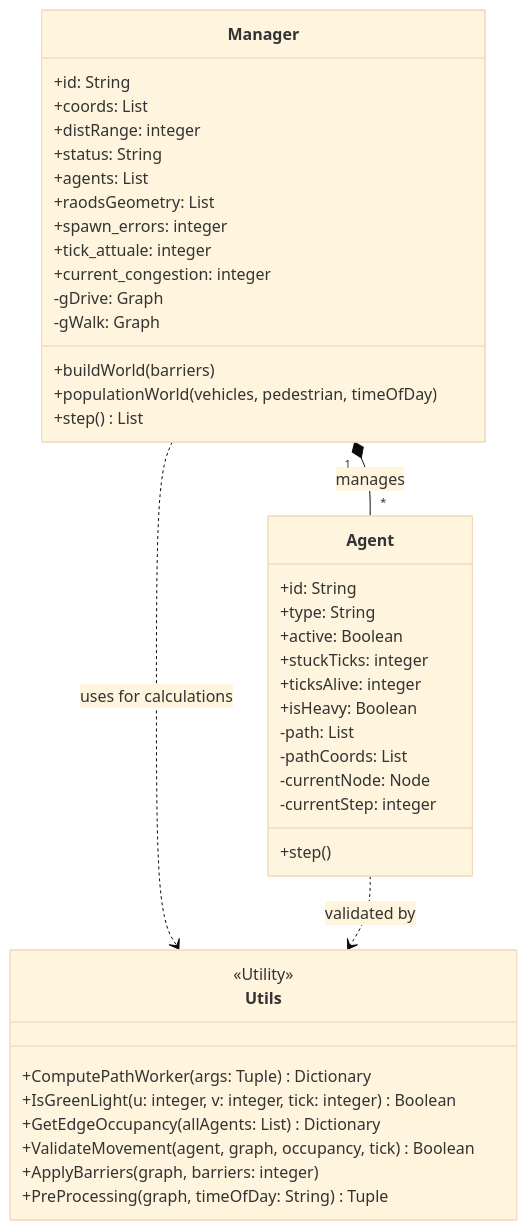
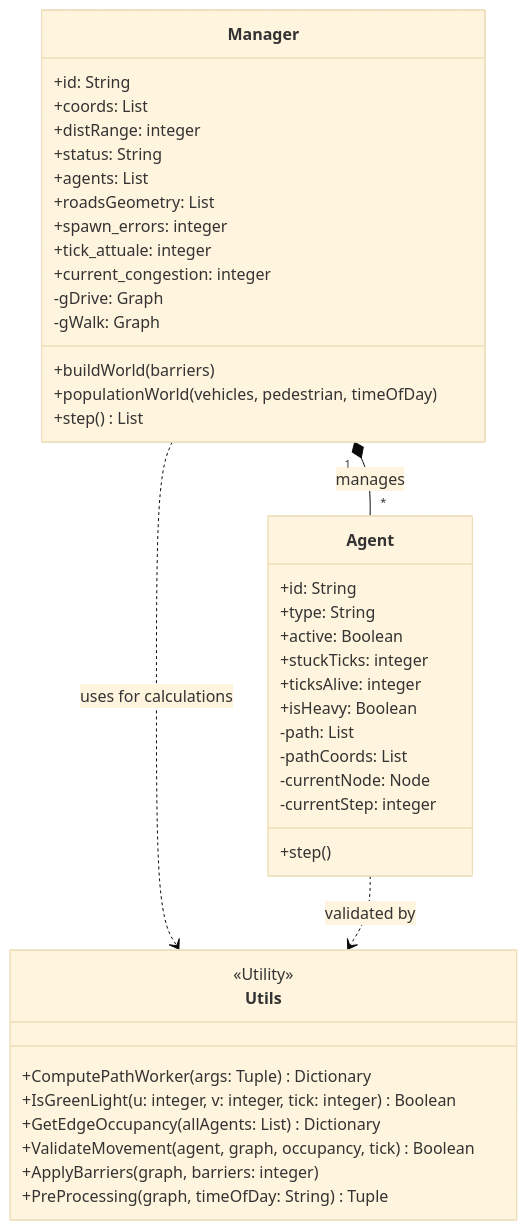
The first of 3 diagrams in project.md (viky17/TrafficSimulator), drawn with Mermaid (base theme) before and after one commit. The commit also changed other lines of this file, not shown here.

````diff
--- a/project.md
+++ b/project.md
@@ -3,47 +3,47 @@
 ```mermaid
 classDiagram
     direction TB
 
     class Manager{
         +id: String
         +coords: List
         +distRange: integer
         +status: String
         +agents: List
-        +raodsGeometry: List
+        +roadsGeometry: List
         +spawn_errors: integer
         +tick_attuale: integer
         +current_congestion: integer
         -gDrive: Graph
         -gWalk: Graph
         +buildWorld(barriers)
         +populationWorld(vehicles, pedestrian, timeOfDay)
         +step() List
     }
     class Agent{
         +id: String
         +type: String
         +active: Boolean
         +stuckTicks: integer
         +ticksAlive: integer
         +isHeavy: Boolean
         -path: List
         -pathCoords: List
         -currentNode: Node
         -currentStep: integer
         +step()
     }
     class Utils{
         <<Utility>>
         +ComputePathWorker(args: Tuple) Dictionary
         +IsGreenLight(u: integer, v: integer, tick: integer) Boolean
         +GetEdgeOccupancy(allAgents: List) Dictionary
         +ValidateMovement(agent, graph, occupancy, tick) Boolean
         +ApplyBarriers(graph, barriers: integer)
         +PreProcessing(graph, timeOfDay: String) Tuple
     }
 
     Manager "1" *-- "*" Agent : manages
     Manager ..> Utils : uses for calculations
     Agent ..> Utils : validated by
 ```
````
